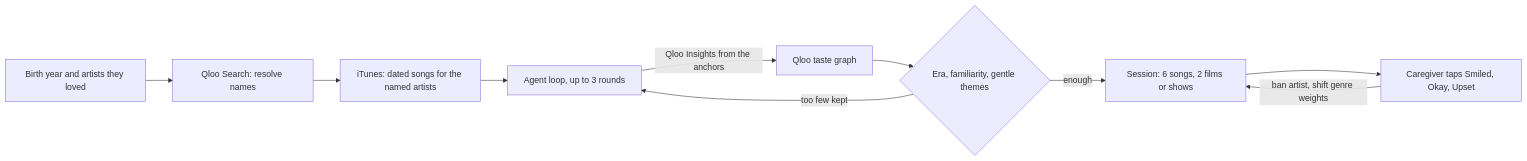
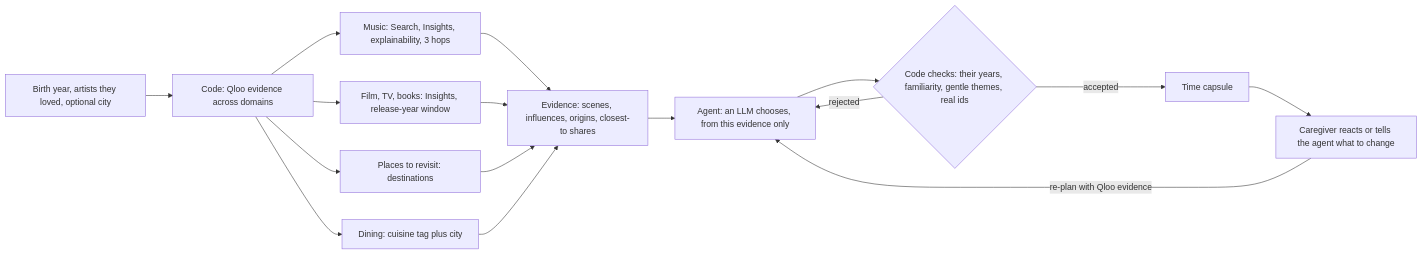
The diagram in README.md (tanishmisra9/memory-lane), drawn with Mermaid before and after one commit. The commit also changed other lines of this file and 4 other files, not shown here.

Commit message:
feat: screen non-song media for upsetting content; place and meal screens; README for the agent architecture

````diff
--- a/README.md
+++ b/README.md
@@ -33,12 +33,18 @@
 ```mermaid
 flowchart LR
-  I[Birth year and artists they loved] --> R[Qloo Search: resolve names]
-  R --> D[iTunes: dated songs for the named artists]
-  D --> A[Agent loop, up to 3 rounds]
-  A -->|Qloo Insights from the anchors| Q[Qloo taste graph]
-  Q --> F{Era, familiarity, gentle themes}
-  F -->|too few kept| A
-  F -->|enough| P[Session: 6 songs, 2 films or shows]
-  P --> X[Caregiver taps Smiled, Okay, Upset]
-  X -->|ban artist, shift genre weights| P
+  I[Birth year, artists they loved, optional city] --> G[Code: Qloo evidence across domains]
+  G --> M[Music: Search, Insights, explainability, 3 hops]
+  G --> S[Film, TV, books: Insights, release-year window]
+  G --> P[Places to revisit: destinations]
+  G --> D[Dining: cuisine tag plus city]
+  M --> E[Evidence: scenes, influences, origins, closest-to shares]
+  S --> E
+  P --> E
+  D --> E
+  E --> A[Agent: an LLM chooses, from this evidence only]
+  A --> V{Code checks: their years, familiarity, gentle themes, real ids}
+  V -->|rejected| A
+  V -->|accepted| C[Time capsule]
+  C --> R[Caregiver reacts or tells the agent what to change]
+  R -->|re-plan with Qloo evidence| A
 ```
````
